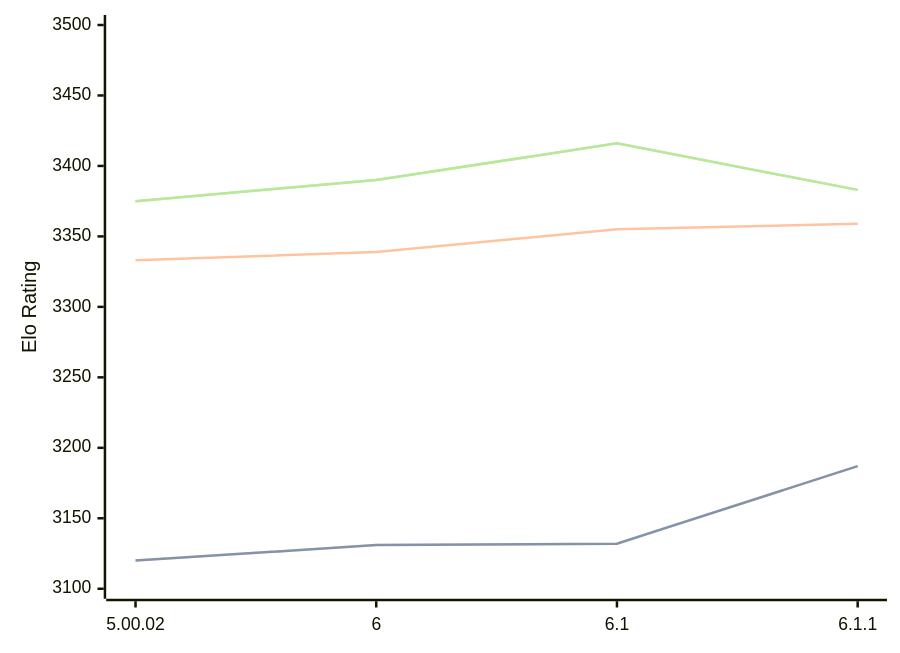
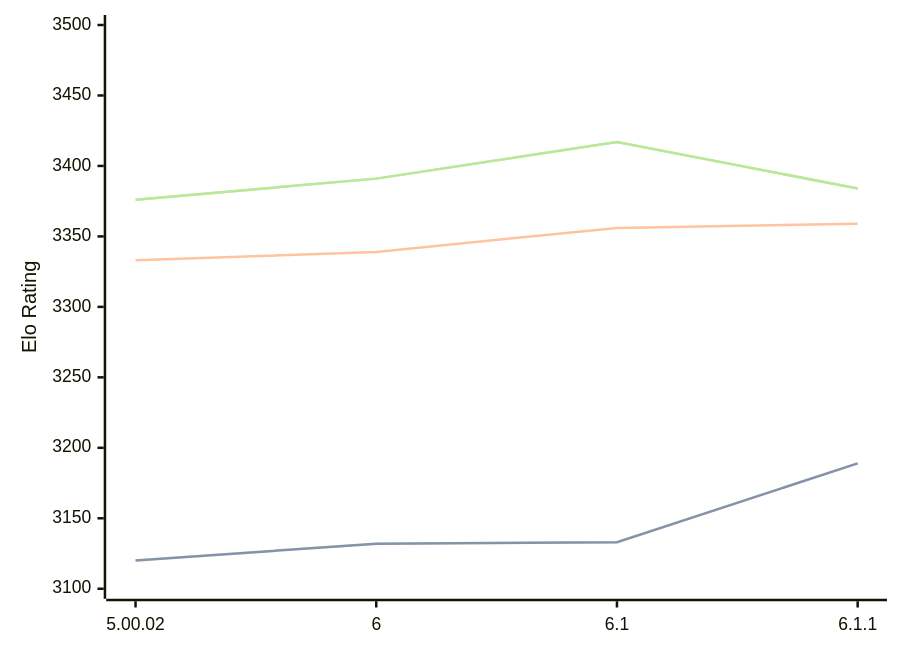
The first of 3 diagrams in engines/Zangdar.md (computer-chess-index/cci), drawn with Mermaid before and after one commit. The commit also changed other lines of this file, not shown here.

Commit message:
Update CCI Ratings (ELO VLTC) - 2026-06-22

````diff
--- a/engines/Zangdar.md
+++ b/engines/Zangdar.md
@@ -46,11 +46,11 @@
 ```mermaid
 %%{init: {"theme":"base","themeVariables":{"seriesColors:['#a3a3a3','#222221','#faa371']}}}%%
 xychart-beta
   x-axis ["5.00.02", "6", "6.1", "6.1.1"]
   y-axis "Elo Rating" 3100 --> 3500
-  line "STC (8.0+0.08s)" [3120, 3131, 3132, 3187]
-  line "STC (8.0+0.08s)" [3120, 3131, 3132, 3187]
-  line "LTC (60.0+0.60s)" [3333, 3339, 3355, 3359]
-  line "VLTC (2m24s+1.12s)" [3375, 3390, 3416, 3383]
-  line "VLTC (2m24s+1.12s)" [3375, 3390, 3416, 3383]
+  line "STC (8.0+0.08s)" [3120, 3132, 3133, 3189]
+  line "STC (8.0+0.08s)" [3120, 3132, 3133, 3189]
+  line "LTC (60.0+0.60s)" [3333, 3339, 3356, 3359]
+  line "VLTC (2m24s+1.12s)" [3376, 3391, 3417, 3384]
+  line "VLTC (2m24s+1.12s)" [3376, 3391, 3417, 3384]
 ```
````
